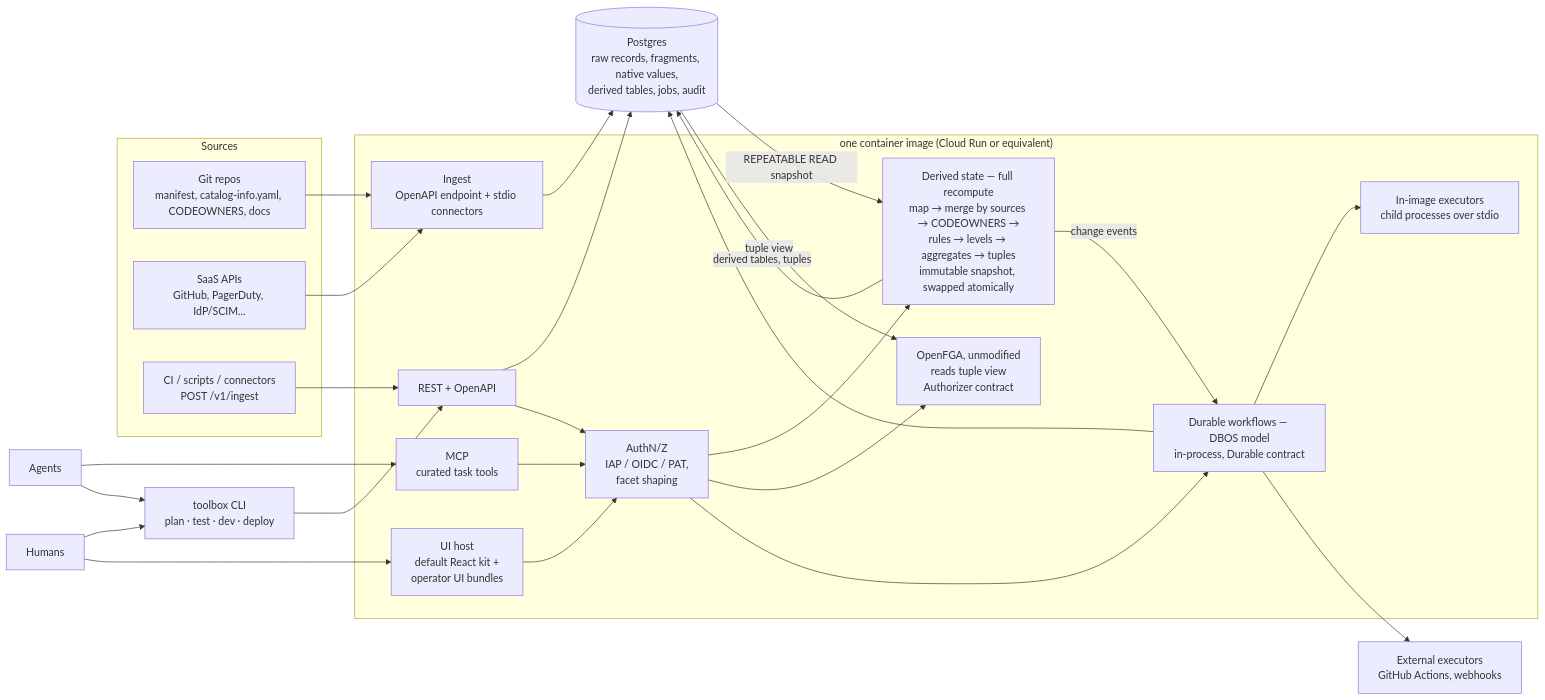
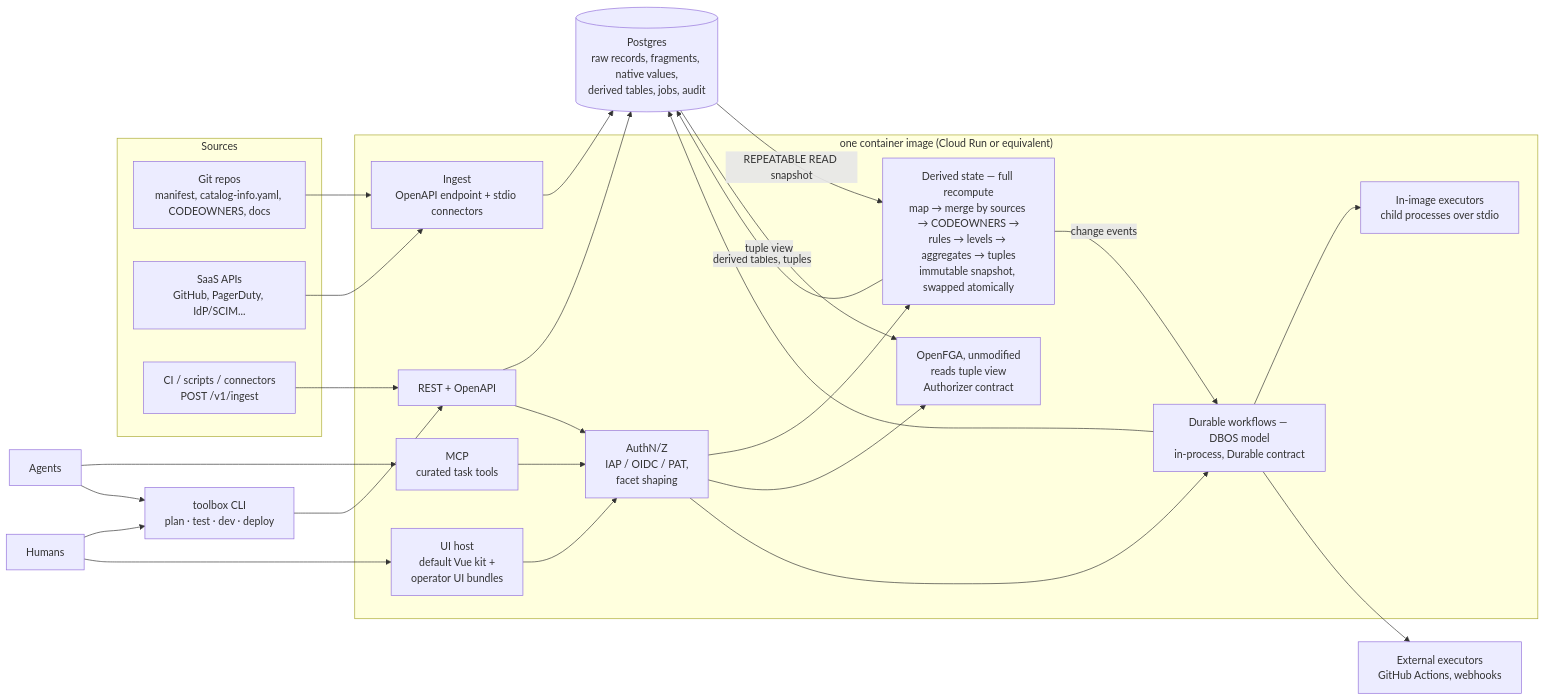
One commit to loganvolkers/toolbox changed the diagram in docs/plan.md. Above: the diagram before and after it, drawn with Mermaid. The commit also changed other lines of this file and 137 other files, not shown here.

````diff
--- a/docs/plan.md
+++ b/docs/plan.md
@@ -160,38 +160,38 @@
 ```mermaid
 flowchart LR
   subgraph Sources
     GIT[Git repos<br/>manifest, catalog-info.yaml, CODEOWNERS, docs]
     SAAS[SaaS APIs<br/>GitHub, PagerDuty, IdP/SCIM...]
     PUSH[CI / scripts / connectors<br/>POST /v1/ingest]
   end
   subgraph Image["one container image (Cloud Run or equivalent)"]
     ING[Ingest<br/>OpenAPI endpoint + stdio connectors]
     DER[Derived state — full recompute<br/>map → merge by sources → CODEOWNERS →<br/>rules → levels → aggregates → tuples<br/>immutable snapshot, swapped atomically]
     FGA[OpenFGA, unmodified<br/>reads tuple view<br/>Authorizer contract]
     WF[Durable workflows — DBOS model<br/>in-process, Durable contract]
     EXE[In-image executors<br/>child processes over stdio]
     AZ[AuthN/Z<br/>IAP / OIDC / PAT,<br/>facet shaping]
     API[REST + OpenAPI]
     MCP[MCP<br/>curated task tools]
-    UI[UI host<br/>default React kit +<br/>operator UI bundles]
+    UI[UI host<br/>default Vue kit +<br/>operator UI bundles]
   end
   PG[(Postgres<br/>raw records, fragments, native values,<br/>derived tables, jobs, audit)]
   EXT[External executors<br/>GitHub Actions, webhooks]
   CLI[toolbox CLI<br/>plan · test · dev · deploy]
   AG[Agents]
   H[Humans]
 
   GIT & SAAS --> ING --> PG
   PUSH --> API --> PG
   PG -- REPEATABLE READ snapshot --> DER
   DER -- derived tables, tuples --> PG
   PG -- tuple view --> FGA
   DER -- change events --> WF
   WF --> EXE & EXT
   WF --> PG
   API & MCP & UI --> AZ
   AZ --> DER & FGA & WF
   AG --> MCP
   AG & H --> CLI --> API
   H --> UI
 ```
````
